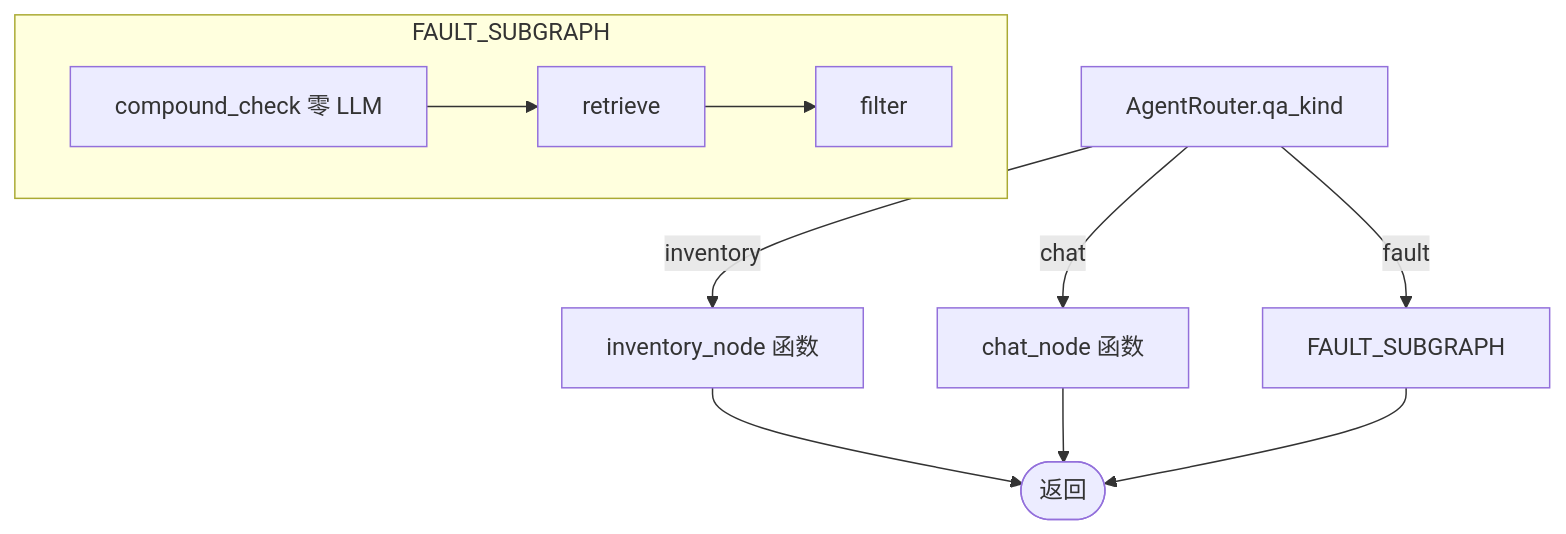
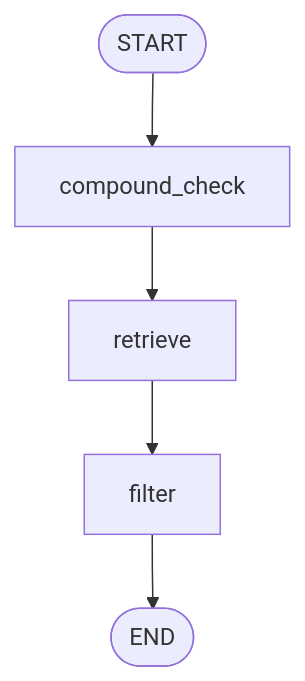
The ninth of 12 diagrams in docs/ARCHITECTURE.md (SHUN-EI/Car-Repair-System), drawn with Mermaid before and after one commit. The commit also changed other lines of this file and 4 other files, not shown here.

````diff
--- a/docs/ARCHITECTURE.md
+++ b/docs/ARCHITECTURE.md
@@ -626,13 +664,7 @@
 ```mermaid
 flowchart TD
-    K[AgentRouter.qa_kind] -->|inventory| INV[inventory_node 函数]
-    K -->|chat| CHAT[chat_node 函数]
-    K -->|fault| F[FAULT_SUBGRAPH]
-    INV --> END([返回])
-    CHAT --> END
-    F --> END
-    subgraph fault [FAULT_SUBGRAPH]
-        C[compound_check 零 LLM] --> RV[retrieve]
-        RV --> FL[filter]
-    end
+    START([START]) --> CC["compound_check"]
+    CC --> RV["retrieve"]
+    RV --> FL["filter"]
+    FL --> FIN([END])
 ```
````
